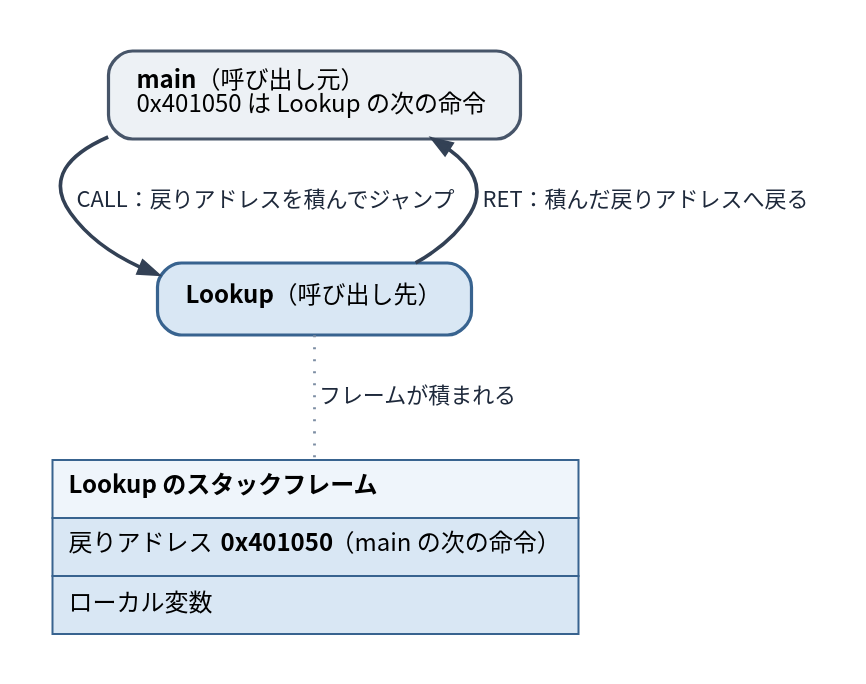
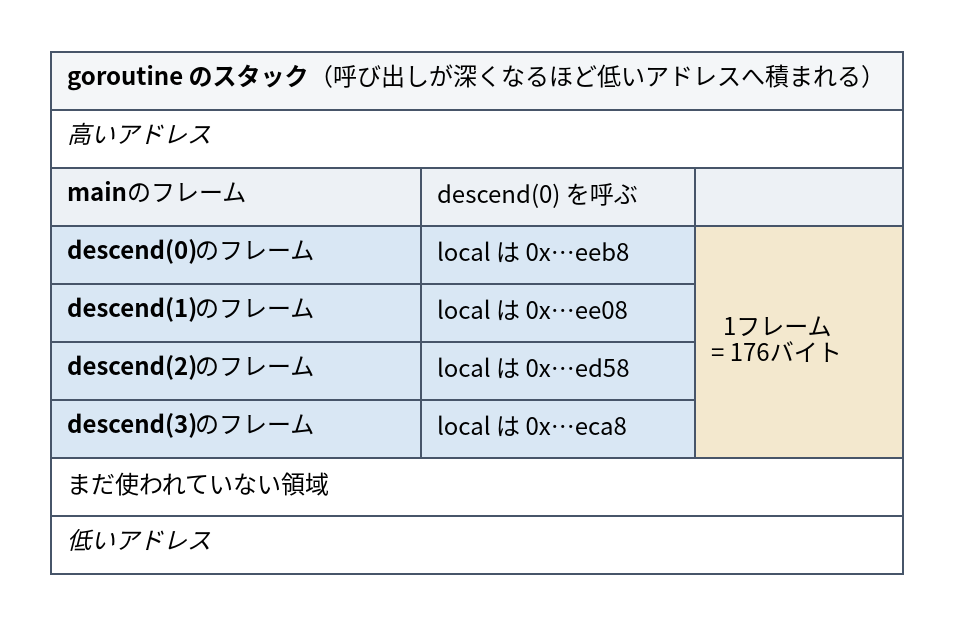
One commit to ymotongpoo/zenn.dev changed the diagram in diagrams/go-ebpf-primer/20260820-stack-frame.dot. Above: the diagram before and after it, drawn with Graphviz. The commit also changed 74 other files, not shown here.

```diff
--- a/diagrams/go-ebpf-primer/20260820-stack-frame.dot
+++ b/diagrams/go-ebpf-primer/20260820-stack-frame.dot
@@ -1,35 +1,39 @@
 // 関数呼び出しとスタックフレーム
 digraph stack_frame {
   graph [
     fontname="Harano Aji Gothic,Noto Sans CJK JP,IPAGothic", fontsize=13,
     rankdir=TB, compound=true, splines=true,
     nodesep=0.5, ranksep=0.7, pad=0.25,
     bgcolor="white", newrank=true
   ];
   node [
     fontname="Harano Aji Gothic,Noto Sans CJK JP,IPAGothic", fontsize=12,
     shape=box, style="rounded,filled",
     fillcolor="#F1F5F9", color="#475569", penwidth=1.6,
     margin="0.2,0.14"
   ];
   edge [
     fontname="Harano Aji Gothic,Noto Sans CJK JP,IPAGothic", fontsize=11,
     color="#334155", penwidth=1.4, arrowsize=0.9,
     fontcolor="#1E293B"
   ];
-
-  caller [label=<<b>main</b>（呼び出し元）<br align="left"/>0x401050 は Lookup の次の命令<br align="left"/>>,
-          fillcolor="#EDF1F5"];
-  callee [label=<<b>Lookup</b>（呼び出し先）>, fillcolor="#D9E7F4", color="#38638F"];
-
-  frame [shape=plain, style="", label=<
-    <table border="0" cellborder="1" cellspacing="0" cellpadding="7" color="#38638F">
-      <tr><td align="left" bgcolor="#EFF5FB"><b>Lookup のスタックフレーム</b></td></tr>
-      <tr><td align="left" bgcolor="#D9E7F4">戻りアドレス <b>0x401050</b>（main の次の命令）</td></tr>
-      <tr><td align="left" bgcolor="#D9E7F4">ローカル変数</td></tr>
+  stack [shape=plain, style="", label=<
+    <table border="0" cellborder="1" cellspacing="0" cellpadding="7" color="#475569">
+      <tr><td colspan="3" align="left" bgcolor="#F4F6F8"><b>goroutine のスタック</b>（呼び出しが深くなるほど低いアドレスへ積まれる）</td></tr>
+      <tr><td colspan="3" align="left" bgcolor="#FFFFFF"><i>高いアドレス</i></td></tr>
+      <tr><td align="left" bgcolor="#EDF1F5"><b>main</b> のフレーム</td>
+          <td align="left" bgcolor="#EDF1F5">descend(0) を呼ぶ</td>
+          <td align="left" bgcolor="#EDF1F5"></td></tr>
+      <tr><td align="left" bgcolor="#D9E7F4"><b>descend(0)</b> のフレーム</td>
+          <td align="left" bgcolor="#D9E7F4">local は 0x…eeb8</td>
+          <td rowspan="4" align="left" bgcolor="#F3E8CE">1フレーム<br/>= 176バイト</td></tr>
+      <tr><td align="left" bgcolor="#D9E7F4"><b>descend(1)</b> のフレーム</td>
+          <td align="left" bgcolor="#D9E7F4">local は 0x…ee08</td></tr>
+      <tr><td align="left" bgcolor="#D9E7F4"><b>descend(2)</b> のフレーム</td>
+          <td align="left" bgcolor="#D9E7F4">local は 0x…ed58</td></tr>
+      <tr><td align="left" bgcolor="#D9E7F4"><b>descend(3)</b> のフレーム</td>
+          <td align="left" bgcolor="#D9E7F4">local は 0x…eca8</td></tr>
+      <tr><td colspan="3" align="left" bgcolor="#FFFFFF">まだ使われていない領域</td></tr>
+      <tr><td colspan="3" align="left" bgcolor="#FFFFFF"><i>低いアドレス</i></td></tr>
     </table>>];
-
-  caller -> callee [label=" CALL：戻りアドレスを積んでジャンプ", penwidth=1.8];
-  callee -> frame [label=" フレームが積まれる", style=dotted, color="#7C8DA3", arrowhead=none];
-  callee -> caller [label=" RET：積んだ戻りアドレスへ戻る", penwidth=1.8];
 }
```
